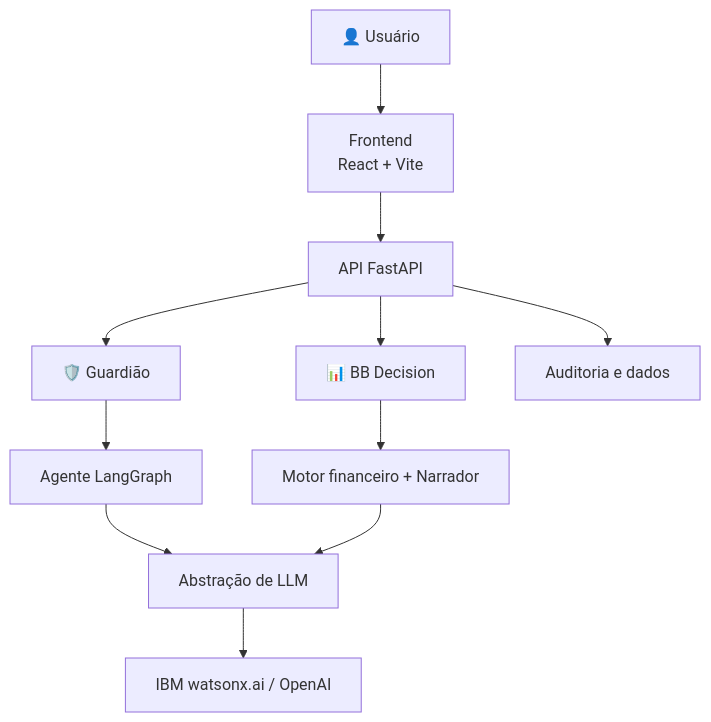
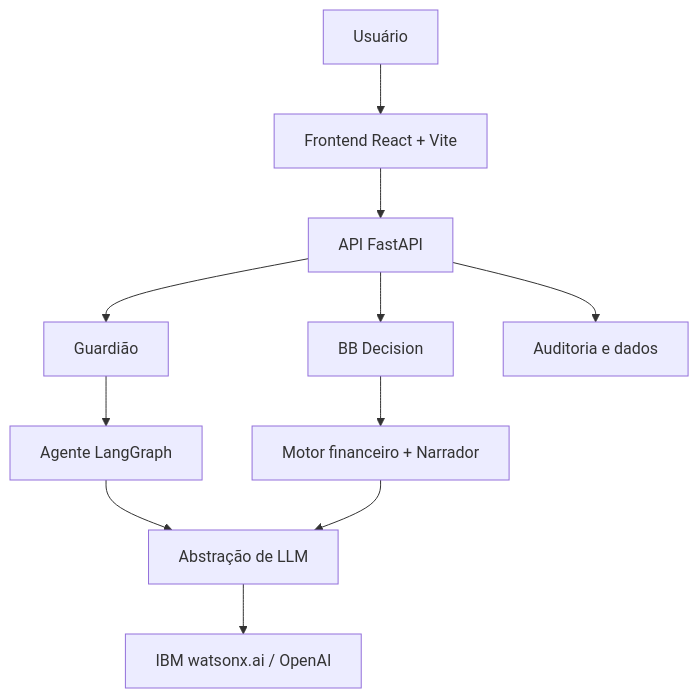
One commit to marianoronha/IBM-PROJETO-shetech changed the diagram in README.md. Above: the diagram before and after it, drawn with Mermaid. The commit also changed other lines of this file, not shown here.

````diff
--- a/README.md
+++ b/README.md
@@ -272,13 +350,13 @@
 ```mermaid
 flowchart TD
-    A["👤 Usuário"] --> B["Frontend<br/>React + Vite"]
+    A["Usuário"] --> B["Frontend React + Vite"]
     B --> C["API FastAPI"]
-    C --> D["🛡️ Guardião"]
-    C --> E["📊 BB Decision"]
+    C --> D["Guardião"]
+    C --> E["BB Decision"]
     D --> F["Agente LangGraph"]
     E --> G["Motor financeiro + Narrador"]
     F --> H["Abstração de LLM"]
     G --> H
     H --> I["IBM watsonx.ai / OpenAI"]
     C --> J["Auditoria e dados"]
 ```
````
